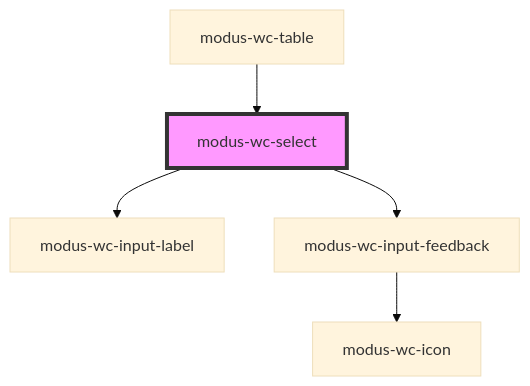
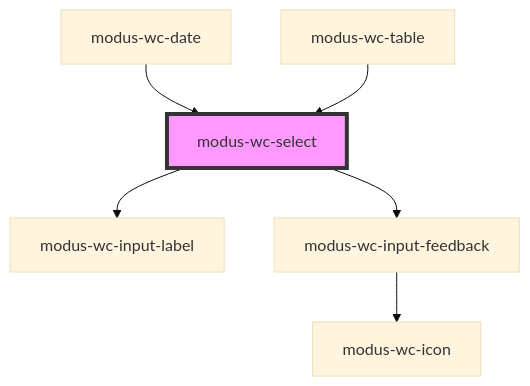
One commit to trimble-oss/modus-wc-2.0 changed the diagram in src/components/modus-wc-select/readme.md. Above: the diagram before and after it, drawn with Mermaid (base theme). The commit also changed other lines of this file and 7 other files, not shown here.

````diff
--- a/src/components/modus-wc-select/readme.md
+++ b/src/components/modus-wc-select/readme.md
@@ -51,8 +52,9 @@
 ```mermaid
 graph TD;
   modus-wc-select --> modus-wc-input-label
   modus-wc-select --> modus-wc-input-feedback
   modus-wc-input-feedback --> modus-wc-icon
+  modus-wc-date --> modus-wc-select
   modus-wc-table --> modus-wc-select
   style modus-wc-select fill:#f9f,stroke:#333,stroke-width:4px
 ```
````
